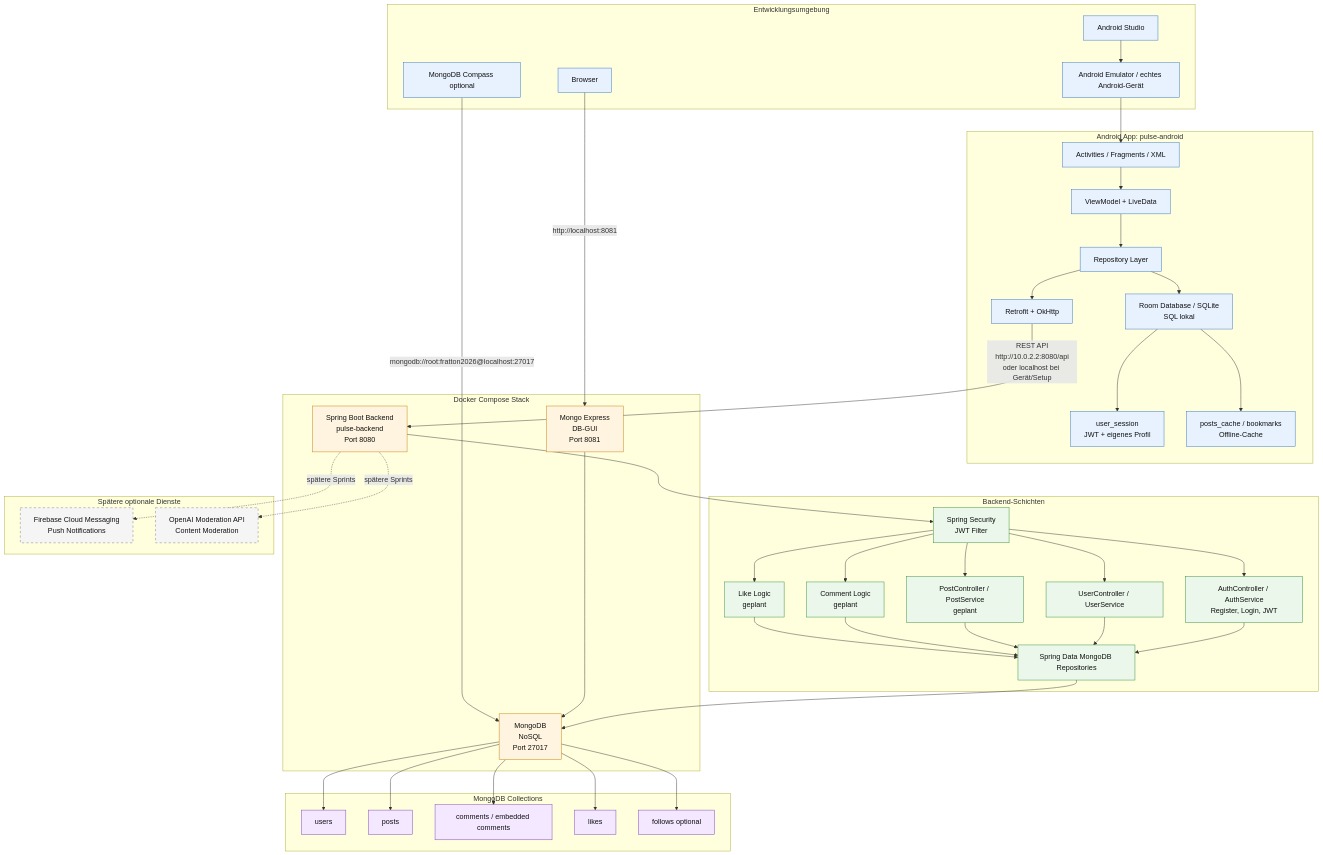
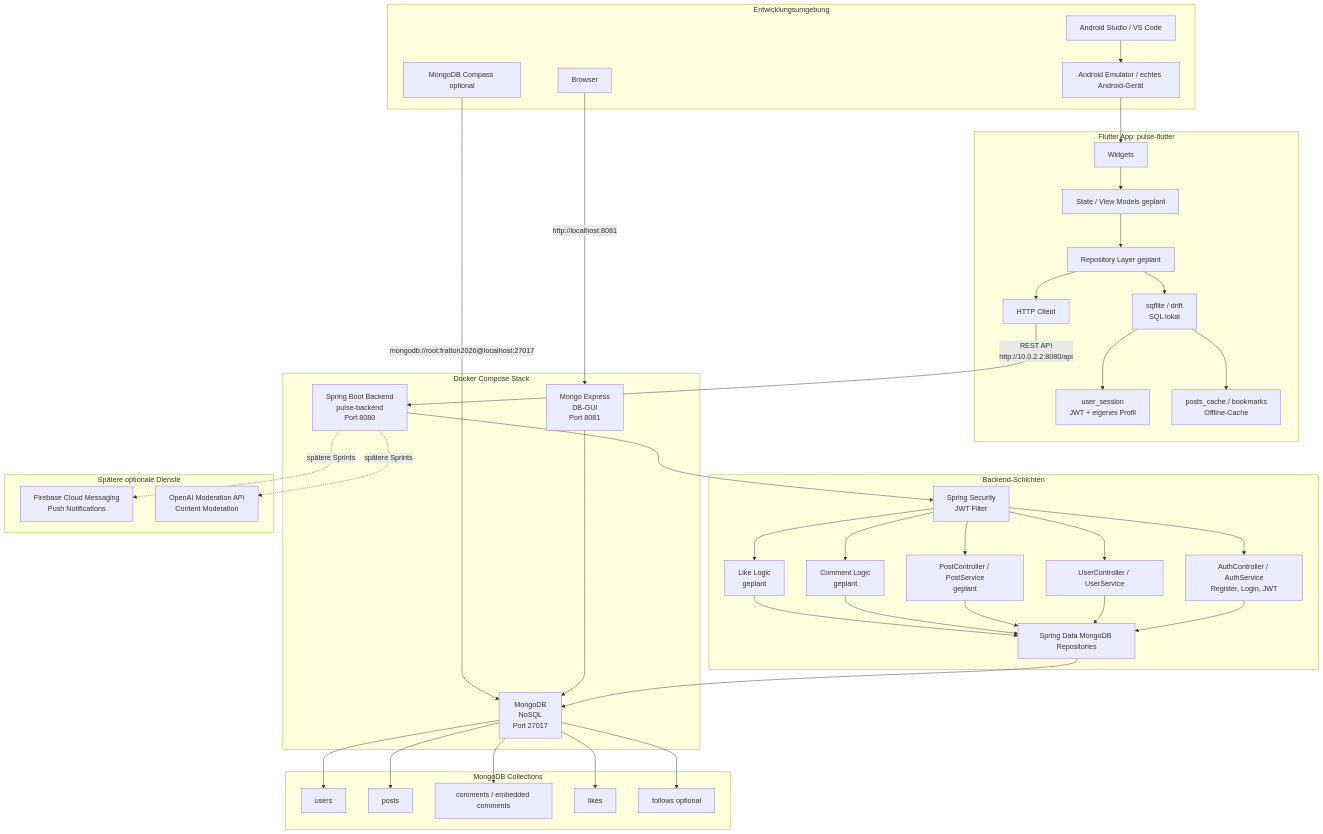
The diagram in docs/Architektur/Mermaid-Architektur.md (Light-re/Micro-Social-Media), drawn with Mermaid before and after one commit. The commit also changed other lines of this file and 37 other files, not shown here.

Commit message:
migrate mobile client docs to flutter closes #38 closes #39

````diff
--- a/docs/Architektur/Mermaid-Architektur.md
+++ b/docs/Architektur/Mermaid-Architektur.md
@@ -3,18 +3,18 @@
 ```mermaid
 flowchart TB
     subgraph DEV["Entwicklungsumgebung"]
-        AS["Android Studio"]
+        IDE["Android Studio / VS Code"]
         EMU["Android Emulator / echtes Android-Gerät"]
         COMPASS["MongoDB Compass optional"]
         BROWSER["Browser"]
     end
 
-    subgraph CLIENT["Android App: pulse-android"]
-        UI["Activities / Fragments / XML"]
-        VM["ViewModel + LiveData"]
-        REPO["Repository Layer"]
-        RETROFIT["Retrofit + OkHttp"]
-        ROOM["Room Database / SQLite\nSQL lokal"]
+    subgraph CLIENT["Flutter App: pulse-flutter"]
+        UI["Widgets"]
+        STATE["State / View Models geplant"]
+        REPO["Repository Layer geplant"]
+        HTTP["HTTP Client"]
+        SQL["sqflite / drift\nSQL lokal"]
         SESSION["user_session\nJWT + eigenes Profil"]
         CACHE["posts_cache / bookmarks\nOffline-Cache"]
     end
@@ -48,17 +48,17 @@
         OPENAI["OpenAI Moderation API\nContent Moderation"]
     end
 
-    AS --> EMU
+    IDE --> EMU
     EMU --> UI
 
-    UI --> VM
-    VM --> REPO
-    REPO --> RETROFIT
-    REPO --> ROOM
-    ROOM --> SESSION
-    ROOM --> CACHE
+    UI --> STATE
+    STATE --> REPO
+    REPO --> HTTP
+    REPO --> SQL
+    SQL --> SESSION
+    SQL --> CACHE
 
-    RETROFIT -->|"REST API\nhttp://10.0.2.2:8080/api\noder localhost bei Gerät/Setup"| BACKEND
+    HTTP -->|"REST API\nhttp://10.0.2.2:8080/api"| BACKEND
 
     BACKEND --> SECURITY
     SECURITY --> AUTH
@@ -86,16 +86,4 @@
 
     BACKEND -. "spätere Sprints" .-> OPENAI
     BACKEND -. "spätere Sprints" .-> FCM
-
-    classDef local fill:#e8f2ff,stroke:#2f6fbb,color:#111;
-    classDef docker fill:#fff4df,stroke:#c27b00,color:#111;
-    classDef backend fill:#eaf7ea,stroke:#2d8a34,color:#111;
-    classDef data fill:#f3e8ff,stroke:#7a3db8,color:#111;
-    classDef optional fill:#f5f5f5,stroke:#777,color:#111,stroke-dasharray: 5 5;
-
-    class AS,EMU,COMPASS,BROWSER,UI,VM,REPO,RETROFIT,ROOM,SESSION,CACHE local;
-    class BACKEND,MONGO,MONGOEXP docker;
-    class AUTH,SECURITY,USER,POST,COMMENT,LIKE,MONGO_REPO backend;
-    class USERS,POSTS,COMMENTS,LIKES,FOLLOWS data;
-    class FCM,OPENAI optional;
 ```
````
